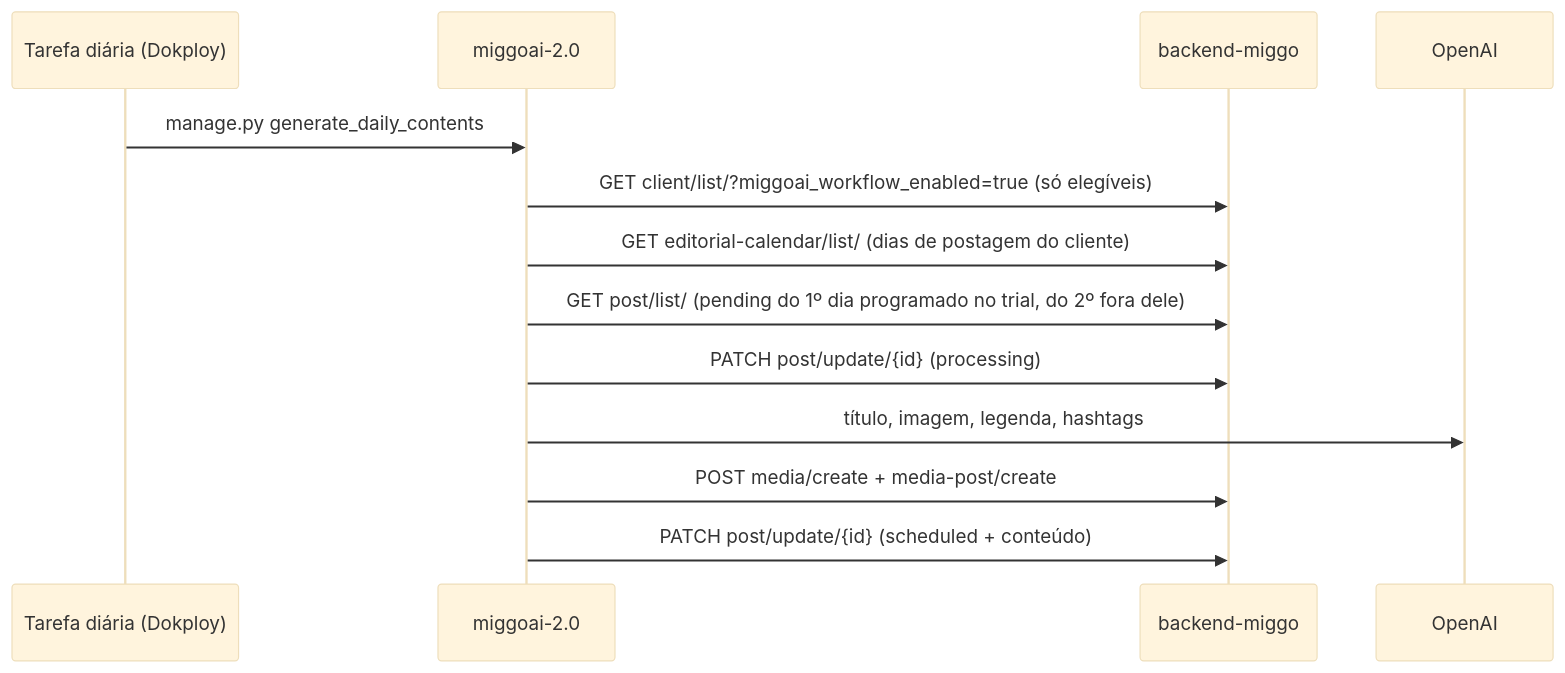
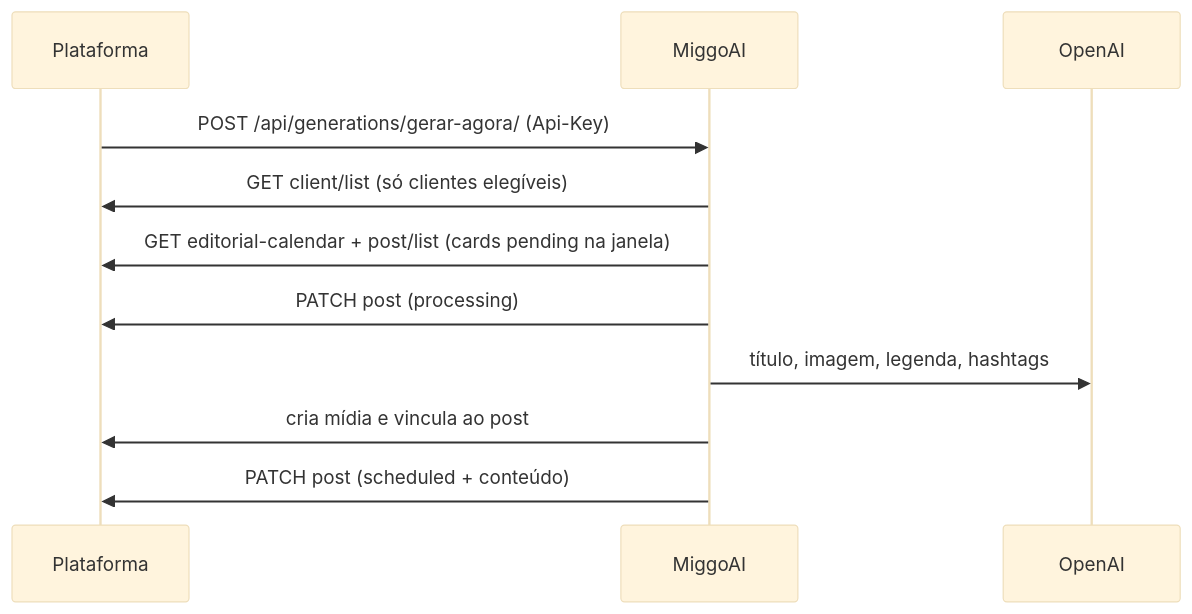
Before and after one commit to aliverso01/mintlify-docs: the second of 4 diagrams in arquitetura/fluxos.mdx, drawn with Mermaid (base theme). The commit also changed other lines of this file and 7 other files, not shown here.

````diff
--- a/arquitetura/fluxos.mdx
+++ b/arquitetura/fluxos.mdx
@@ -60,16 +37,14 @@
 ```mermaid
 sequenceDiagram
-    participant CRON as Tarefa diária (Dokploy)
-    participant AI as miggoai-2.0
-    participant BE as backend-miggo
+    participant BE as Plataforma
+    participant AI as MiggoAI
     participant OAI as OpenAI
 
-    CRON->>AI: manage.py generate_daily_contents
-    AI->>BE: GET client/list/?miggoai_workflow_enabled=true (só elegíveis)
-    AI->>BE: GET editorial-calendar/list/ (dias de postagem do cliente)
-    AI->>BE: GET post/list/ (pending do 1º dia programado no trial, do 2º fora dele)
-    AI->>BE: PATCH post/update/{id} (processing)
+    BE->>AI: POST /api/generations/gerar-agora/ (Api-Key)
+    AI->>BE: GET client/list (só clientes elegíveis)
+    AI->>BE: GET editorial-calendar + post/list (cards pending na janela)
+    AI->>BE: PATCH post (processing)
     AI->>OAI: título, imagem, legenda, hashtags
-    AI->>BE: POST media/create + media-post/create
-    AI->>BE: PATCH post/update/{id} (scheduled + conteúdo)
+    AI->>BE: cria mídia e vincula ao post
+    AI->>BE: PATCH post (scheduled + conteúdo)
 ```
````
